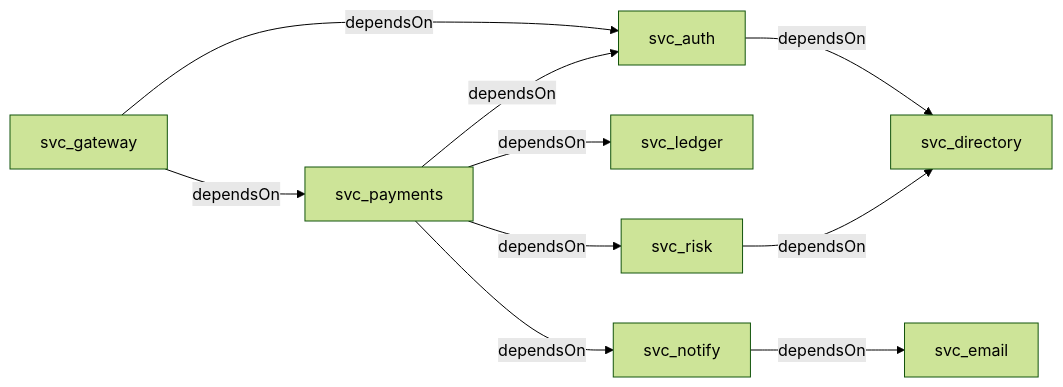
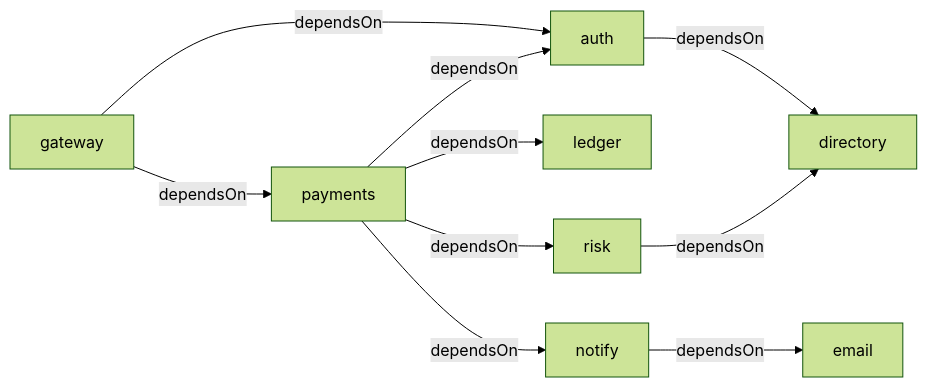
Before and after one commit to aontu-lang/aontu: the diagram in use-cases/01-service-catalog/expected/diagram-graph.mmd, drawn with Mermaid (forest theme). The commit also changed 6 other files, not shown here.

```diff
--- a/use-cases/01-service-catalog/expected/diagram-graph.mmd
+++ b/use-cases/01-service-catalog/expected/diagram-graph.mmd
@@ -1,18 +1,18 @@
 graph LR
-  n_svc_auth["svc_auth"]
-  n_svc_directory["svc_directory"]
-  n_svc_email["svc_email"]
-  n_svc_gateway["svc_gateway"]
-  n_svc_ledger["svc_ledger"]
-  n_svc_notify["svc_notify"]
-  n_svc_payments["svc_payments"]
-  n_svc_risk["svc_risk"]
-  n_svc_auth -->|"dependsOn"| n_svc_directory
-  n_svc_gateway -->|"dependsOn"| n_svc_auth
-  n_svc_gateway -->|"dependsOn"| n_svc_payments
-  n_svc_notify -->|"dependsOn"| n_svc_email
-  n_svc_payments -->|"dependsOn"| n_svc_auth
-  n_svc_payments -->|"dependsOn"| n_svc_ledger
-  n_svc_payments -->|"dependsOn"| n_svc_notify
-  n_svc_payments -->|"dependsOn"| n_svc_risk
-  n_svc_risk -->|"dependsOn"| n_svc_directory
+  n___catalog_domains_identity_services_auth["auth"]
+  n___catalog_domains_identity_services_directory["directory"]
+  n___catalog_domains_payments_services_ledger["ledger"]
+  n___catalog_domains_payments_services_payments["payments"]
+  n___catalog_domains_payments_services_risk["risk"]
+  n___catalog_domains_platform_services_email["email"]
+  n___catalog_domains_platform_services_gateway["gateway"]
+  n___catalog_domains_platform_services_notify["notify"]
+  n___catalog_domains_identity_services_auth -->|"dependsOn"| n___catalog_domains_identity_services_directory
+  n___catalog_domains_payments_services_payments -->|"dependsOn"| n___catalog_domains_identity_services_auth
+  n___catalog_domains_payments_services_payments -->|"dependsOn"| n___catalog_domains_payments_services_ledger
+  n___catalog_domains_payments_services_payments -->|"dependsOn"| n___catalog_domains_payments_services_risk
+  n___catalog_domains_payments_services_payments -->|"dependsOn"| n___catalog_domains_platform_services_notify
+  n___catalog_domains_payments_services_risk -->|"dependsOn"| n___catalog_domains_identity_services_directory
+  n___catalog_domains_platform_services_gateway -->|"dependsOn"| n___catalog_domains_identity_services_auth
+  n___catalog_domains_platform_services_gateway -->|"dependsOn"| n___catalog_domains_payments_services_payments
+  n___catalog_domains_platform_services_notify -->|"dependsOn"| n___catalog_domains_platform_services_email
```
